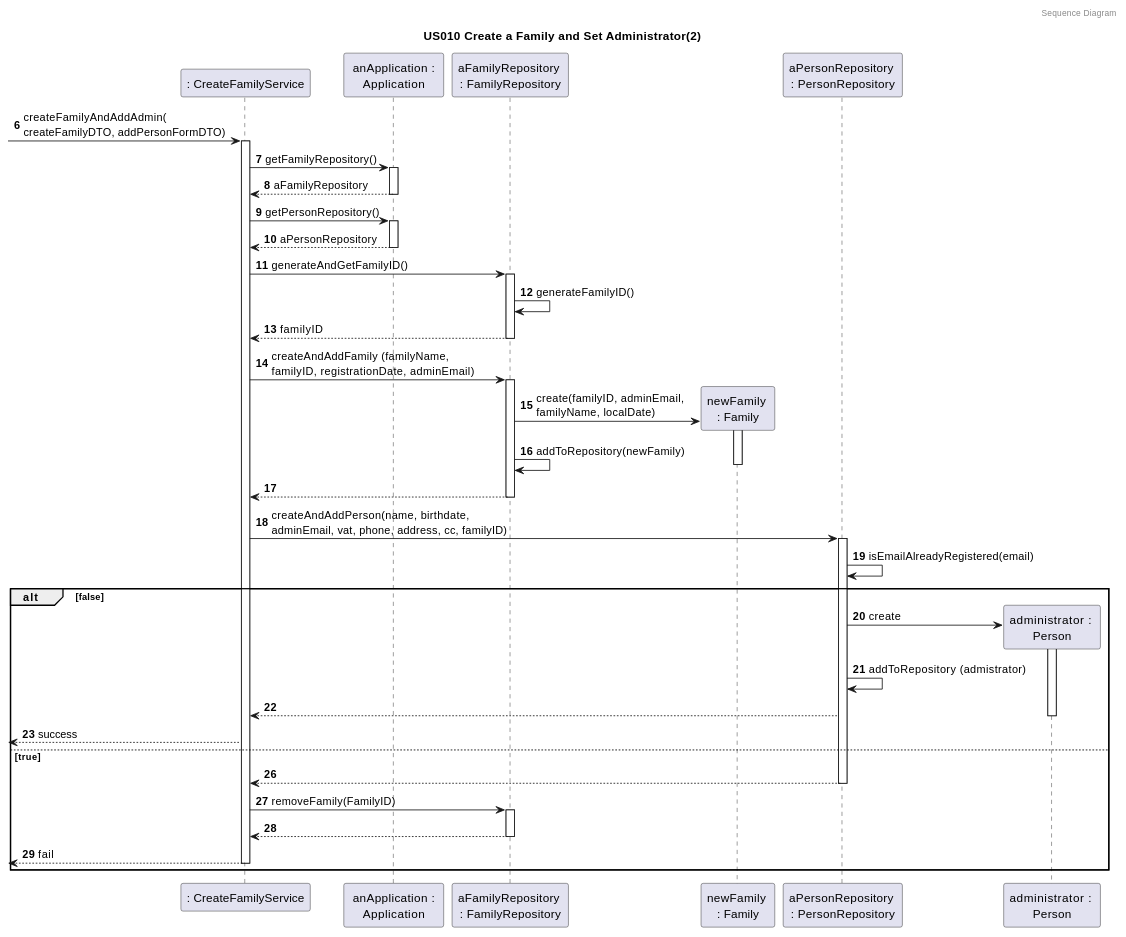
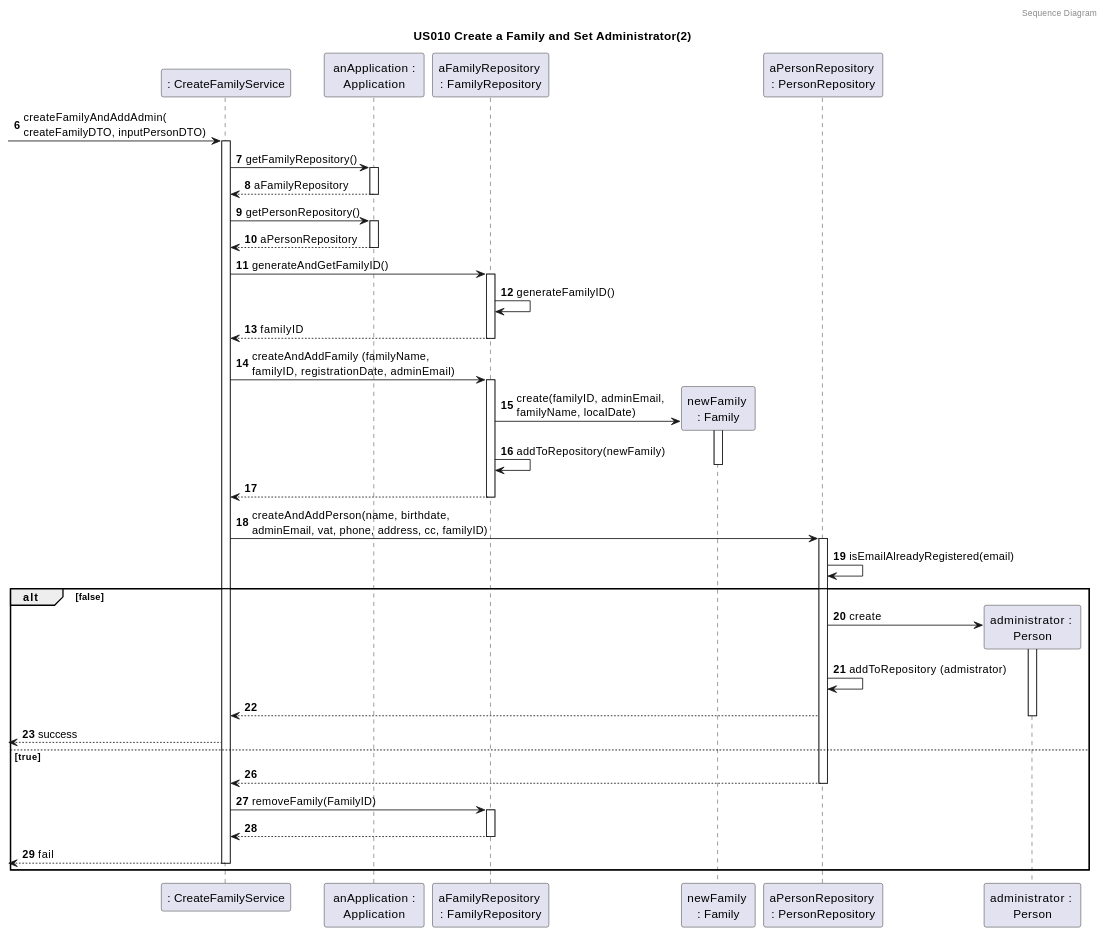
The fourth of 5 diagrams in docs/sprint3/user_stories/US010_CreateAFamilyAndSetAdministrator.md (tomas-osswald/switch_2020_g3), drawn with PlantUML before and after one commit. The commit also changed other lines of this file and 23 other files, not shown here.

`````diff
--- a/docs/sprint3/user_stories/US010_CreateAFamilyAndSetAdministrator.md
+++ b/docs/sprint3/user_stories/US010_CreateAFamilyAndSetAdministrator.md
@@ -174,74 +174,74 @@
 ````puml
 @startuml
 
 autonumber 6
 header Sequence Diagram
 title US010 Create a Family and Set Administrator(2)
 
 participant ": CreateFamilyService" as FamAdminService
 participant " anApplication : \nApplication" as app
 participant "aFamilyRepository \n: FamilyRepository" as frepository
 participant "newFamily \n: Family" as family
 participant "aPersonRepository \n: PersonRepository" as prepository
 participant "administrator : \nPerson" as admin
 
--> FamAdminService : createFamilyAndAddAdmin(\ncreateFamilyDTO, addPersonFormDTO)
+-> FamAdminService : createFamilyAndAddAdmin(\ncreateFamilyDTO, inputPersonDTO)
 activate FamAdminService
 
 FamAdminService -> app : getFamilyRepository()
 activate app
 return aFamilyRepository
 FamAdminService -> app : getPersonRepository()
 activate app
 return aPersonRepository
 
 
 FamAdminService -> frepository: generateAndGetFamilyID()
 activate frepository
 frepository -> frepository : generateFamilyID()
 return familyID
 
 FamAdminService -> frepository: createAndAddFamily (familyName, \nfamilyID, registrationDate, adminEmail)
 activate frepository
 
 frepository -> family** : create(familyID, adminEmail, \nfamilyName, localDate)
 activate family
 
 
 frepository -> frepository : addToRepository(newFamily)
 
 deactivate family
 return
 
 
 FamAdminService -> prepository : createAndAddPerson(name, birthdate, \nadminEmail, vat, phone, address, cc, familyID)
 deactivate frepository
 
 
 activate prepository
 prepository -> prepository : isEmailAlreadyRegistered(email)
 
 alt #transparent false
 prepository -> admin** : create
 activate admin
 
 
 prepository -> prepository : addToRepository (admistrator)
 prepository --> FamAdminService
 deactivate admin
 <-- FamAdminService : success
 
 else true
 autonumber 26
 
 prepository --> FamAdminService
 deactivate prepository
 FamAdminService -> frepository : removeFamily(FamilyID)
 activate frepository
 return
 <-- FamAdminService : fail
 deactivate FamAdminService
 end
 
 @enduml
 ````
`````
